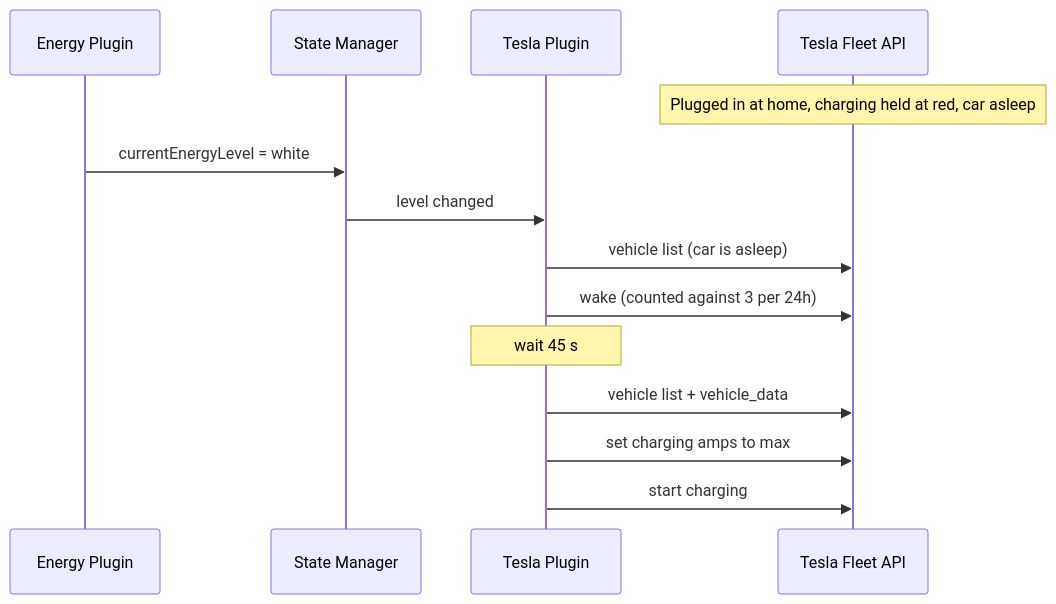
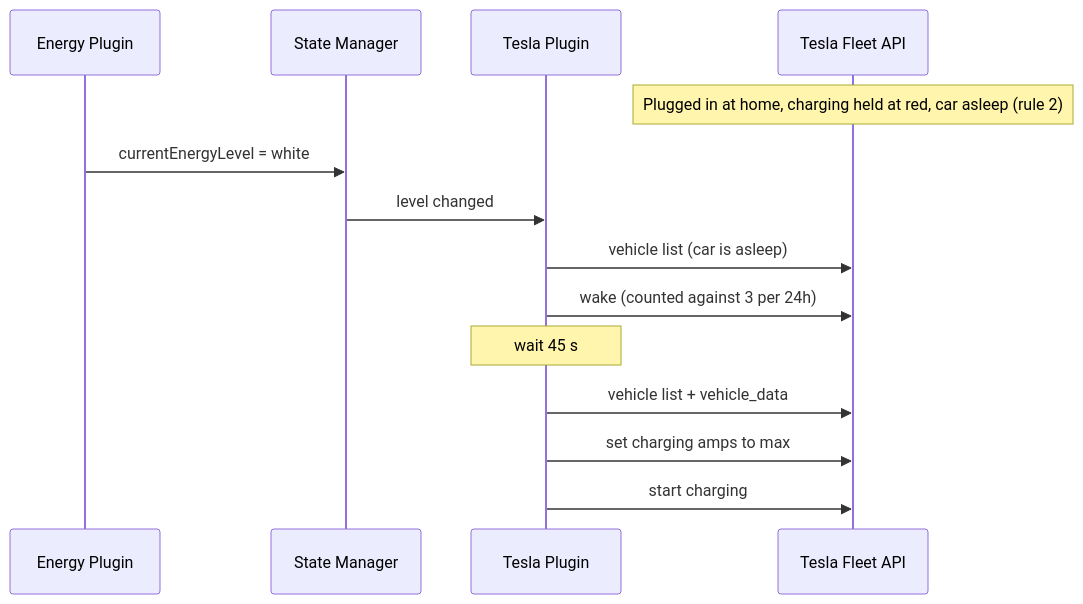
The second of 2 diagrams in docs/flows/TESLA_ENERGY_CHARGING.md (NickBorgers/home-automation), drawn with Mermaid before and after one commit. The commit also changed other lines of this file and 6 other files, not shown here.

````diff
--- a/docs/flows/TESLA_ENERGY_CHARGING.md
+++ b/docs/flows/TESLA_ENERGY_CHARGING.md
@@ -92,17 +102,17 @@
 ```mermaid
 sequenceDiagram
     participant EM as Energy Plugin
     participant SM as State Manager
     participant T as Tesla Plugin
     participant Car as Tesla Fleet API
 
-    Note over Car: Plugged in at home, charging held at red, car asleep
+    Note over Car: Plugged in at home, charging held at red, car asleep (rule 2)
     EM->>SM: currentEnergyLevel = white
     SM->>T: level changed
     T->>Car: vehicle list (car is asleep)
     T->>Car: wake (counted against 3 per 24h)
     Note over T: wait 45 s
     T->>Car: vehicle list + vehicle_data
     T->>Car: set charging amps to max
     T->>Car: start charging
 ```
````
